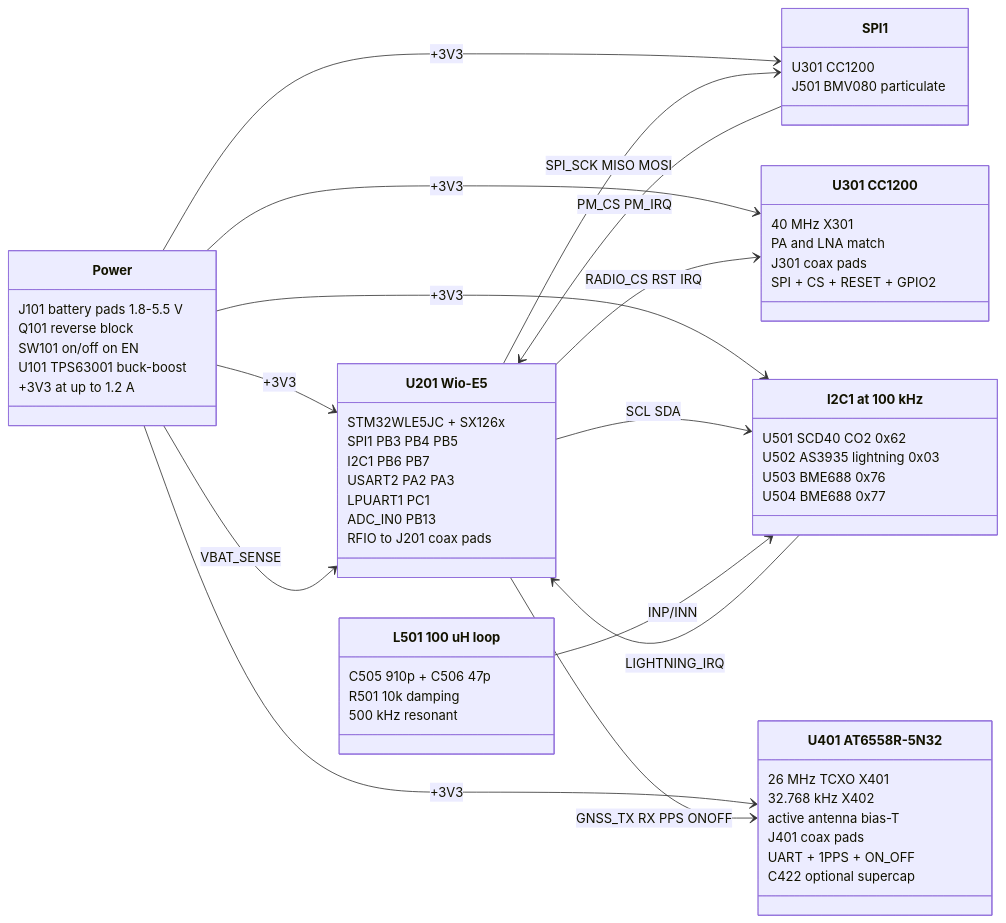
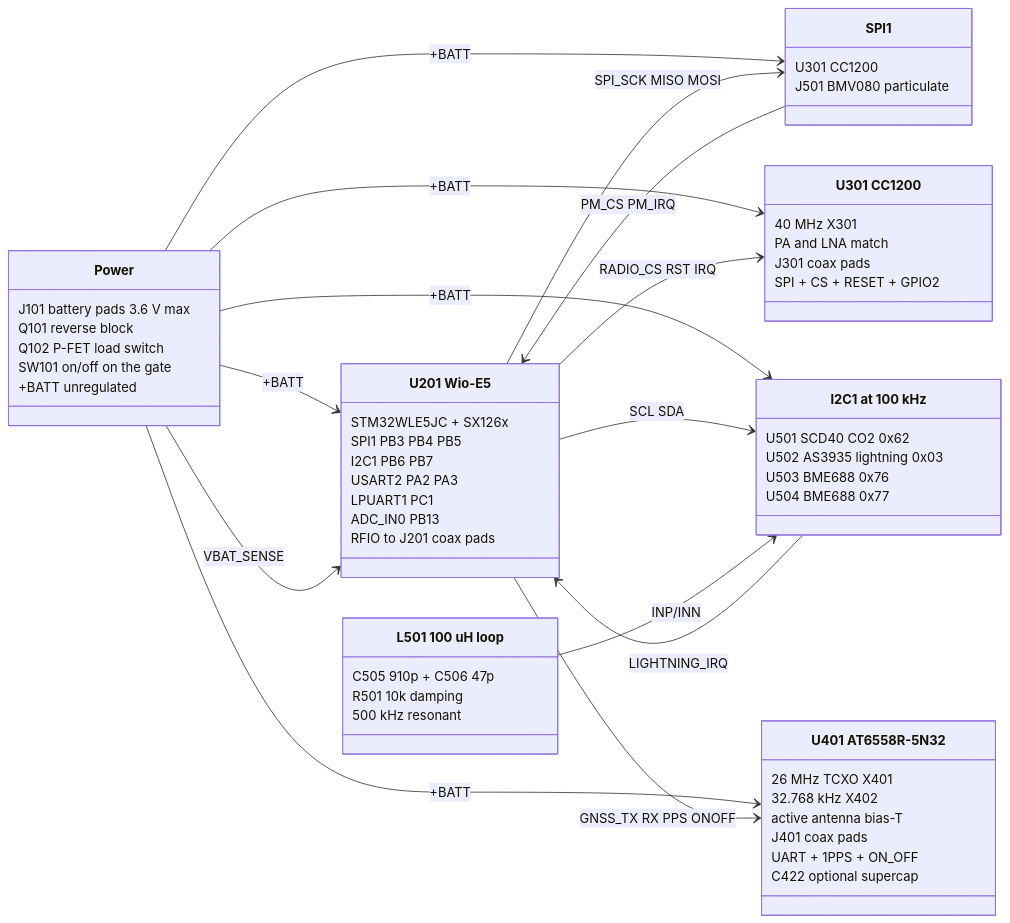
The first of 2 diagrams in README.md (tmpk13/cc1200-balloon), drawn with Mermaid before and after one commit. The commit also changed other lines of this file and 17 other files, not shown here.

First line of the commit message:
Remove the buck-boost: run straight off a 3.6 V max cell

````diff
--- a/README.md
+++ b/README.md
@@ -16,64 +16,64 @@
 ```mermaid
 classDiagram
     direction LR
 
     class WioE5["U201 Wio-E5"] {
         STM32WLE5JC + SX126x
         SPI1 PB3 PB4 PB5
         I2C1 PB6 PB7
         USART2 PA2 PA3
         LPUART1 PC1
         ADC_IN0 PB13
         RFIO to J201 coax pads
     }
     class Power["Power"] {
-        J101 battery pads 1.8-5.5 V
+        J101 battery pads 3.6 V max
         Q101 reverse block
-        SW101 on/off on EN
-        U101 TPS63001 buck-boost
-        +3V3 at up to 1.2 A
+        Q102 P-FET load switch
+        SW101 on/off on the gate
+        +BATT unregulated
     }
     class Radio["U301 CC1200"] {
         40 MHz X301
         PA and LNA match
         J301 coax pads
         SPI + CS + RESET + GPIO2
     }
     class GNSS["U401 AT6558R-5N32"] {
         26 MHz TCXO X401
         32.768 kHz X402
         active antenna bias-T
         J401 coax pads
         UART + 1PPS + ON_OFF
         C422 optional supercap
     }
     class I2CBus["I2C1 at 100 kHz"] {
         U501 SCD40 CO2 0x62
         U502 AS3935 lightning 0x03
         U503 BME688 0x76
         U504 BME688 0x77
     }
     class SPIBus["SPI1"] {
         U301 CC1200
         J501 BMV080 particulate
     }
     class Antenna["L501 100 uH loop"] {
         C505 910p + C506 47p
         R501 10k damping
         500 kHz resonant
     }
 
-    Power --> WioE5 : +3V3
-    Power --> Radio : +3V3
-    Power --> GNSS : +3V3
-    Power --> I2CBus : +3V3
-    Power --> SPIBus : +3V3
+    Power --> WioE5 : +BATT
+    Power --> Radio : +BATT
+    Power --> GNSS : +BATT
+    Power --> I2CBus : +BATT
+    Power --> SPIBus : +BATT
     Power --> WioE5 : VBAT_SENSE
     WioE5 --> SPIBus : SPI_SCK MISO MOSI
     WioE5 --> Radio : RADIO_CS RST IRQ
     WioE5 --> I2CBus : SCL SDA
     WioE5 --> GNSS : GNSS_TX RX PPS ONOFF
     I2CBus --> WioE5 : LIGHTNING_IRQ
     SPIBus --> WioE5 : PM_CS PM_IRQ
     Antenna --> I2CBus : INP/INN
 ```
````
